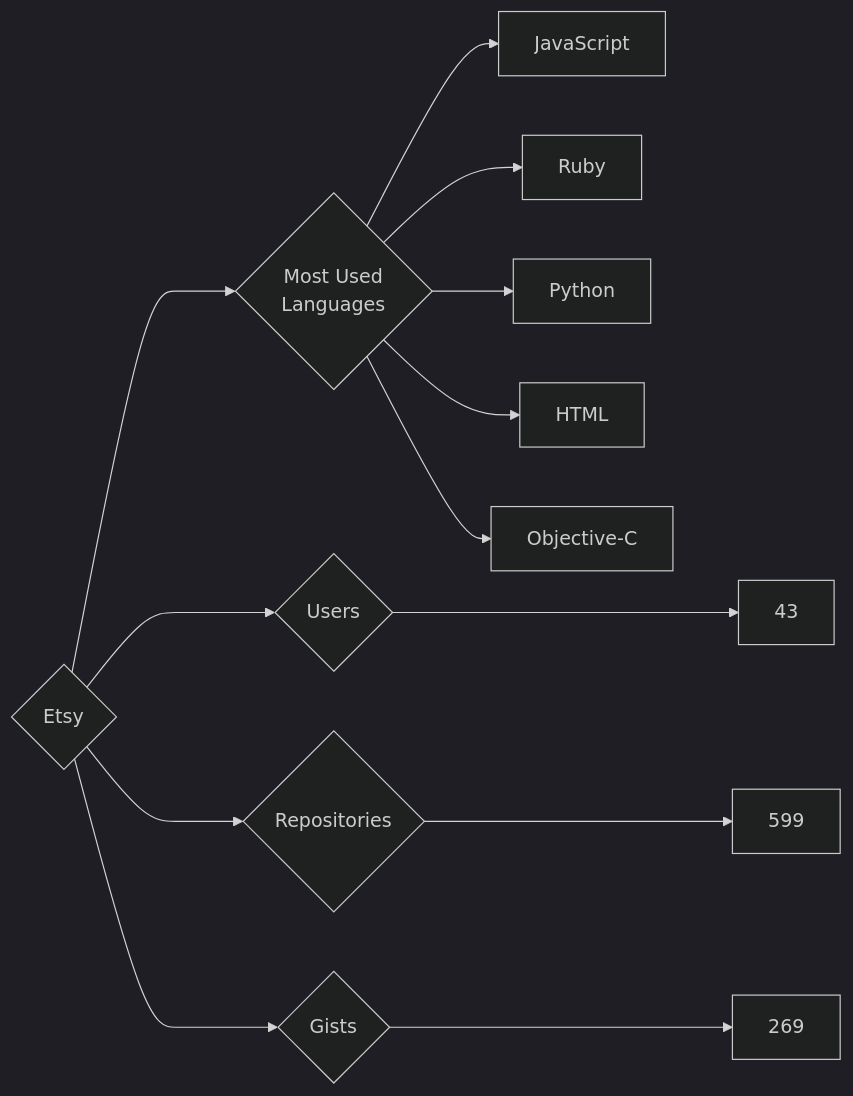
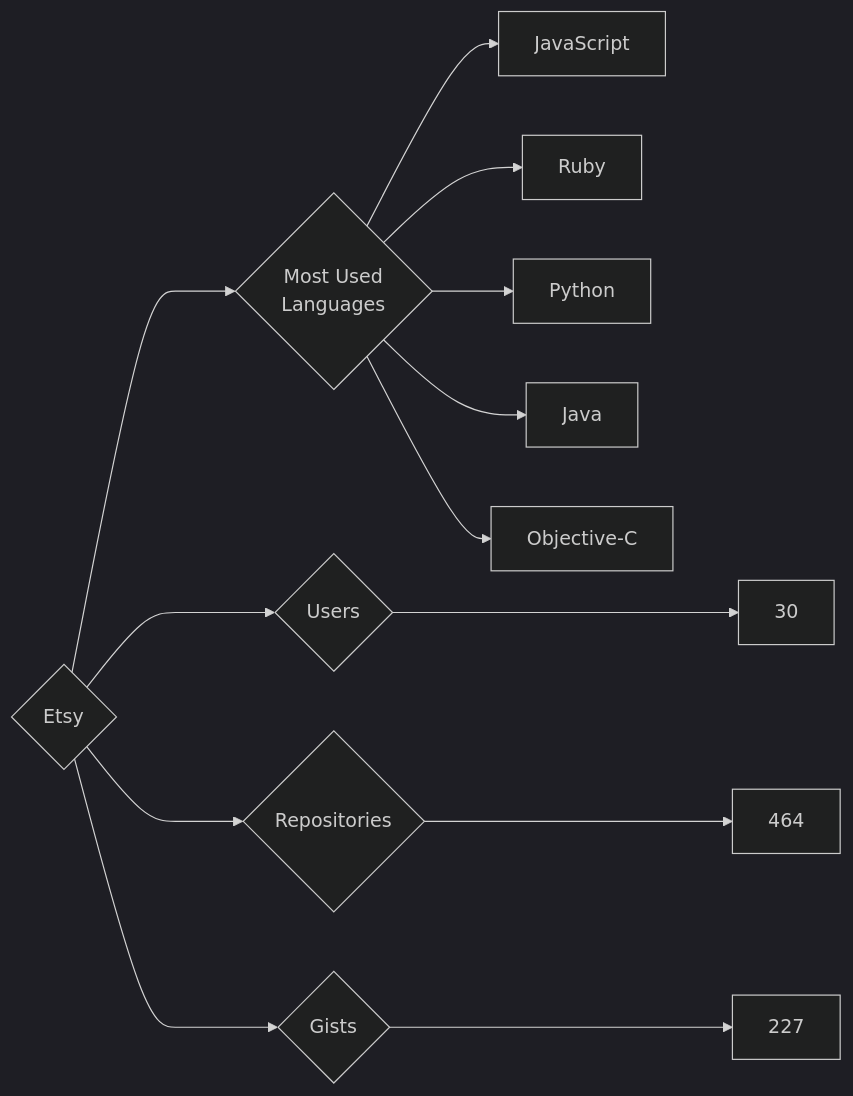
One commit to trickest/insiders changed the diagram in targets/Etsy/README.md. Above: the diagram before and after it, drawn with Mermaid (dark theme). The commit also changed 927 other files, not shown here.

````diff
--- a/targets/Etsy/README.md
+++ b/targets/Etsy/README.md
@@ -3,13 +3,13 @@
 ```mermaid
 graph LR
 COMPANY_NAME{Etsy}
-COMPANY_NAME ---> U{Users} ---> UN[43]
-COMPANY_NAME ---> R{Repositories} ---> RN[599]
-COMPANY_NAME ---> G{Gists} ---> GN[269]
+COMPANY_NAME ---> U{Users} ---> UN[30]
+COMPANY_NAME ---> R{Repositories} ---> RN[464]
+COMPANY_NAME ---> G{Gists} ---> GN[227]
 COMPANY_NAME ---> ML{Most Used<br>Languages}
 ML --> JavaScript[JavaScript]
 ML --> Ruby[Ruby]
 ML --> Python[Python]
-ML --> HTML[HTML]
+ML --> Java[Java]
 ML --> Objective-C[Objective-C]
 ```
````
